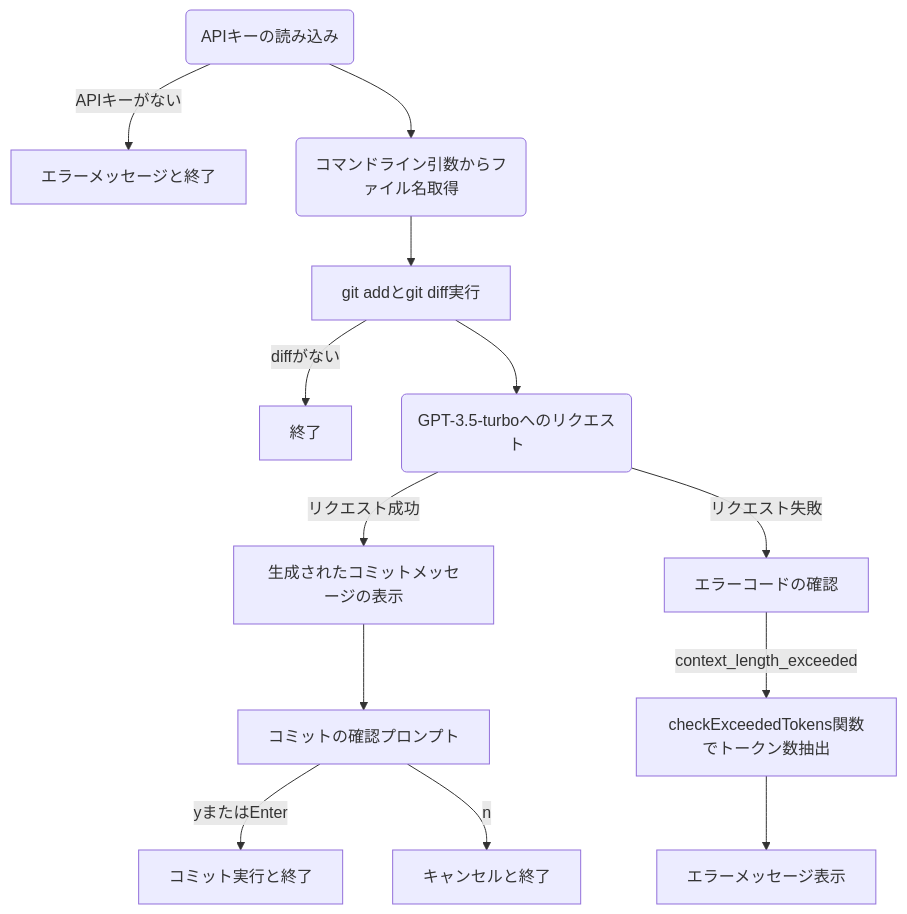
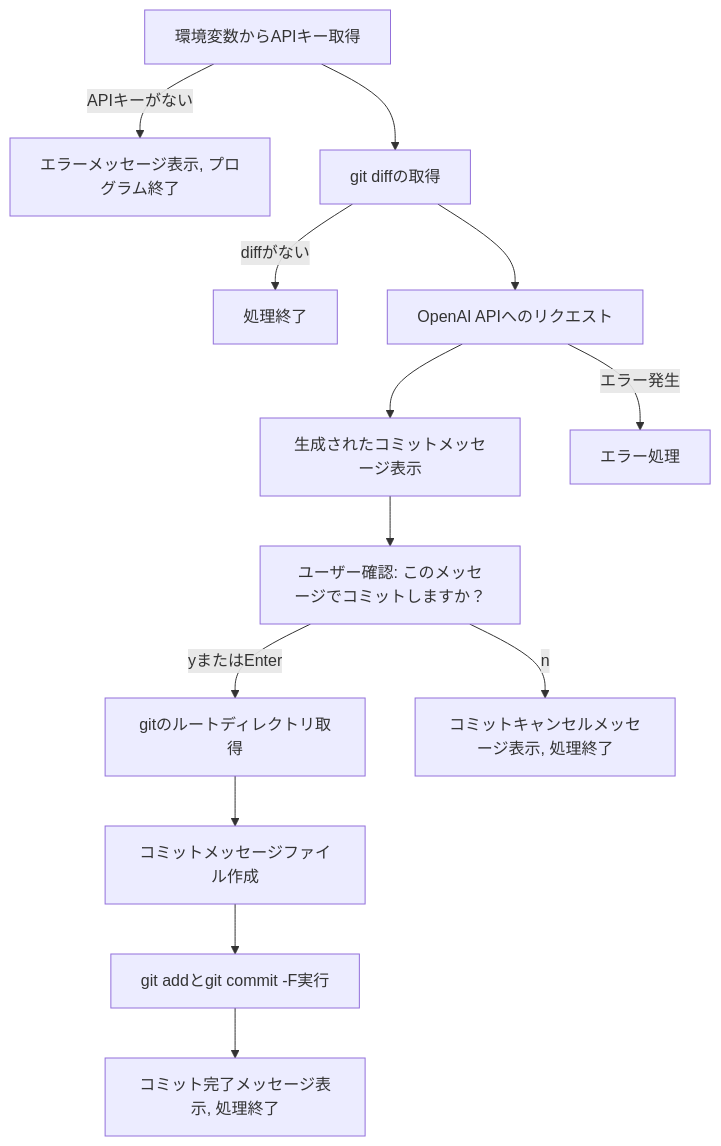
The diagram in README.md (kou72/ai-commit), drawn with Mermaid before and after one commit.

Commit message:
README.mdファイルのフローチャートを修正
- A(環境変数からAPIキー取得)に、APIキーがない場合の処理を追加
- C(git diffの取得)から、処理終了のDへの遷移を追加
- CからE(OpenAI APIへのリクエスト)への遷移を追加
- EからF(生成されたコミットメッセージ表示)への遷移を追加
- FからG(ユーザー確認)への遷移を追加
- GからH(gitのルートディレクトリ取得)への遷移を追加
- HからI(コミットメッセージファイル作成)への遷移を追加
- IからJ(git addとgit commit -F実行)への遷移を追加
- JからK(コミット完了メッセージ表示, 処理終了)への遷移を追加
- Gからnの場合のL(コミットキャンセルメッセージ表示, 処理終了)を追加
- Eからエラー発生の場合のM(エラー処理)を追加

````diff
--- a/README.md
+++ b/README.md
@@ -128,15 +128,15 @@
 ```mermaid
 graph TD
-A(APIキーの読み込み) -->|APIキーがない| B[エラーメッセージと終了]
-A --> C(コマンドライン引数からファイル名取得)
-C --> D[git addとgit diff実行]
-D -->|diffがない| E[終了]
-D --> F(GPT-3.5-turboへのリクエスト)
-F -->|リクエスト成功| G[生成されたコミットメッセージの表示]
-G --> H[コミットの確認プロンプト]
-H -->|yまたはEnter| I[コミット実行と終了]
-H -->|n| J[キャンセルと終了]
-F -->|リクエスト失敗| K[エラーコードの確認]
-K -->|context_length_exceeded| L[checkExceededTokens関数でトークン数抽出]
-L --> M[エラーメッセージ表示]
+  A[環境変数からAPIキー取得] -->|APIキーがない| B[エラーメッセージ表示, プログラム終了]
+  A --> C[git diffの取得]
+  C -->|diffがない| D[処理終了]
+  C --> E[OpenAI APIへのリクエスト]
+  E --> F[生成されたコミットメッセージ表示]
+  F --> G[ユーザー確認: このメッセージでコミットしますか？]
+  G -->|yまたはEnter| H[gitのルートディレクトリ取得]
+  H --> I[コミットメッセージファイル作成]
+  I --> J[git addとgit commit -F実行]
+  J --> K[コミット完了メッセージ表示, 処理終了]
+  G -->|n| L[コミットキャンセルメッセージ表示, 処理終了]
+  E -->|エラー発生| M[エラー処理]
 ```
````
